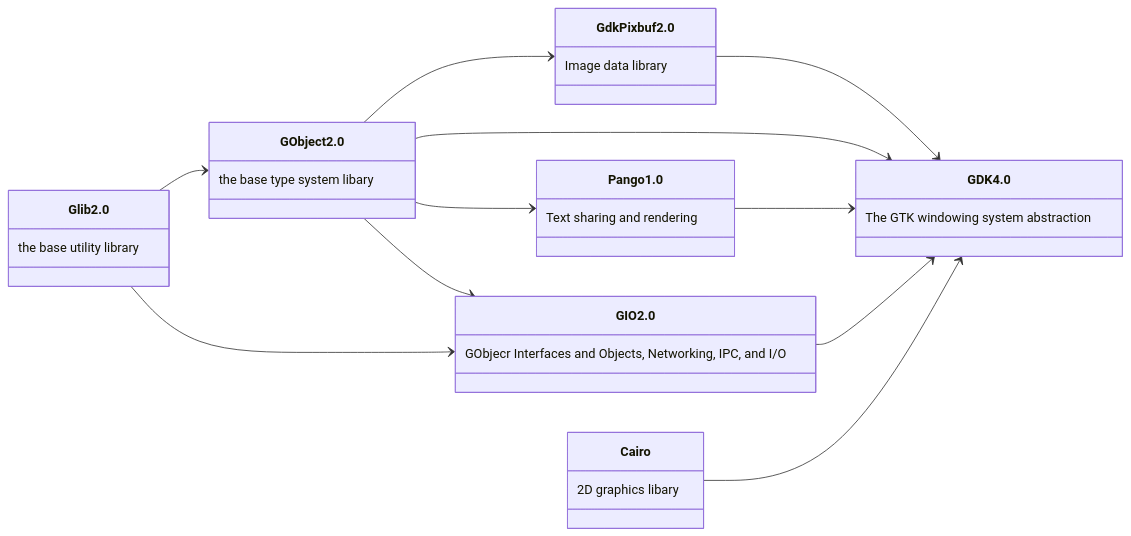
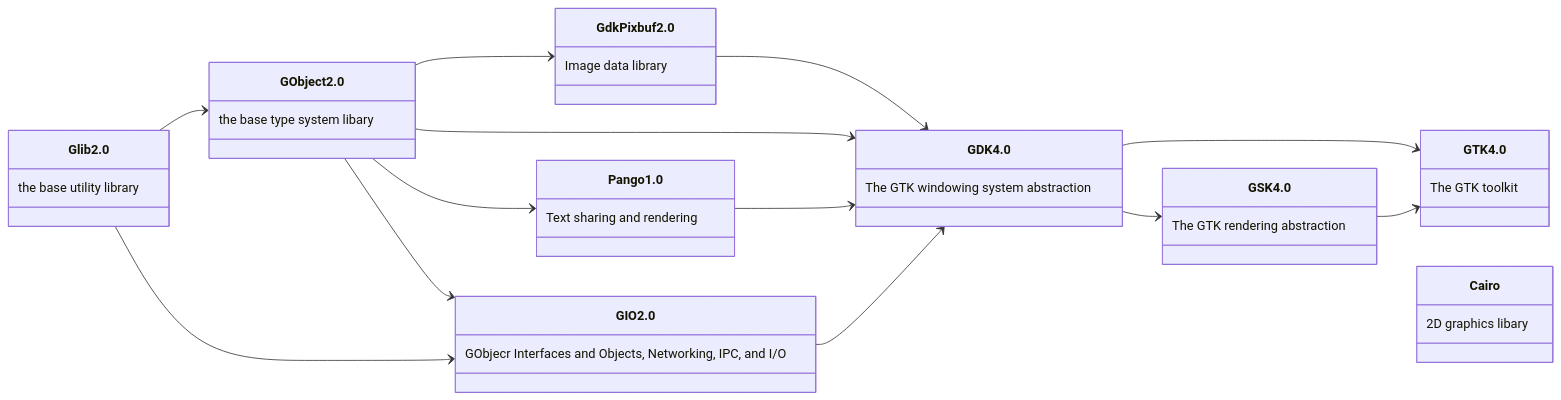
One commit to sechshelme/Lazarus-GNOME-GTK4-Packages_and_Examples changed the diagram in readme.md. Above: the diagram before and after it, drawn with Mermaid. The commit also changed 2 other files, not shown here.

````diff
--- a/readme.md
+++ b/readme.md
@@ -40,22 +40,26 @@
 ```mermaid
 classDiagram
 direction RL
 Glib 2.0:the base utility library
 GObject 2.0:the base type system libary
 GIO 2.0:GObjecr Interfaces and Objects, Networking, IPC, and I/O
 GdkPixbuf 2.0:Image data library
 Pango 1.0:Text sharing and rendering
 GDK 4.0:The GTK windowing system abstraction
+GSK 4.0:The GTK rendering abstraction
+GTK 4.0:The GTK toolkit
 Cairo:2D graphics libary
 
 GObject 2.0<--Glib 2.0
 GIO 2.0<--GObject 2.0
 GIO 2.0<--Glib 2.0
 GdkPixbuf 2.0<--GObject 2.0
 Pango 1.0<--GObject 2.0
 GDK 4.0<--GdkPixbuf 2.0
 GDK 4.0<--GObject 2.0
 GDK 4.0<--Pango 1.0
 GDK 4.0<--GIO 2.0
-GDK 4.0<--Cairo
+GSK 4.0<--GDK 4.0
+GTK 4.0<--GDK 4.0
+GTK 4.0<--GSK 4.0
 ```
````
